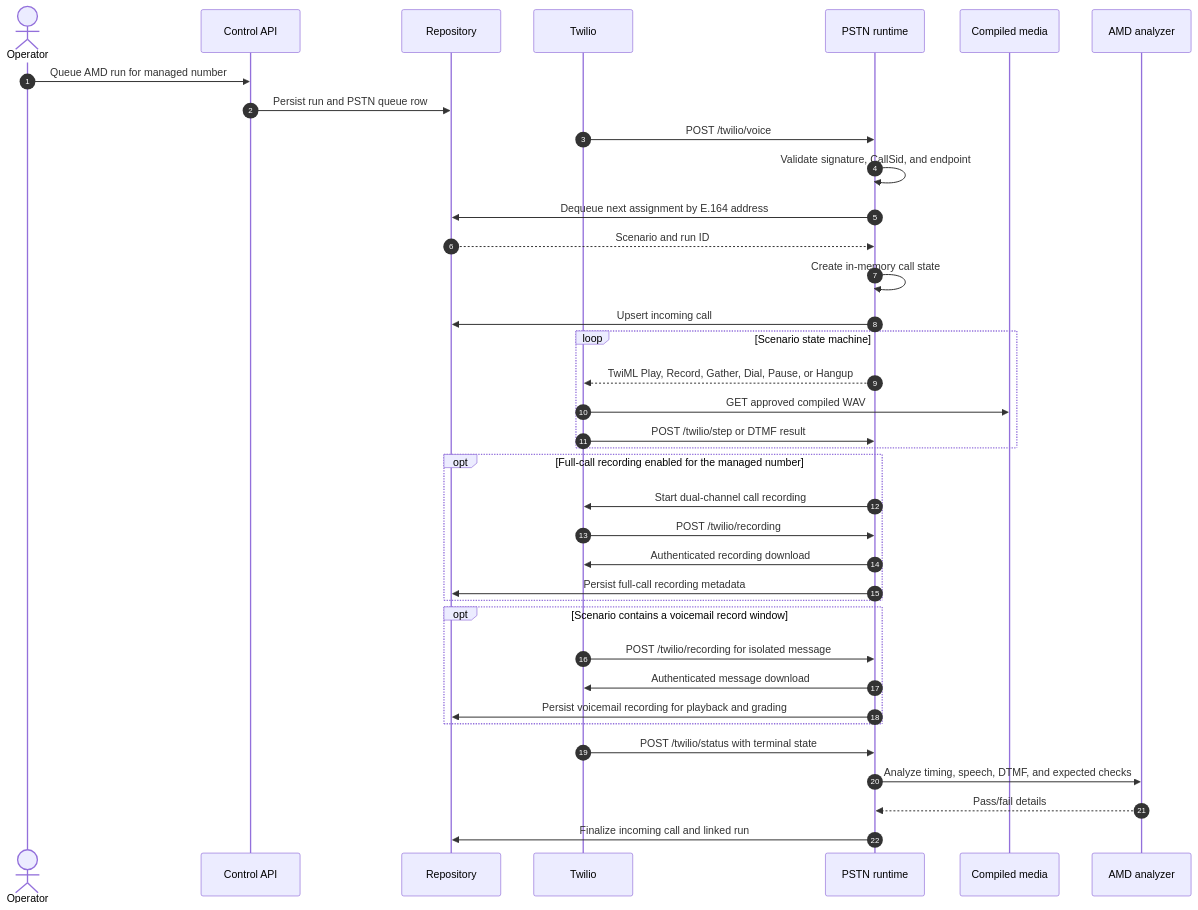
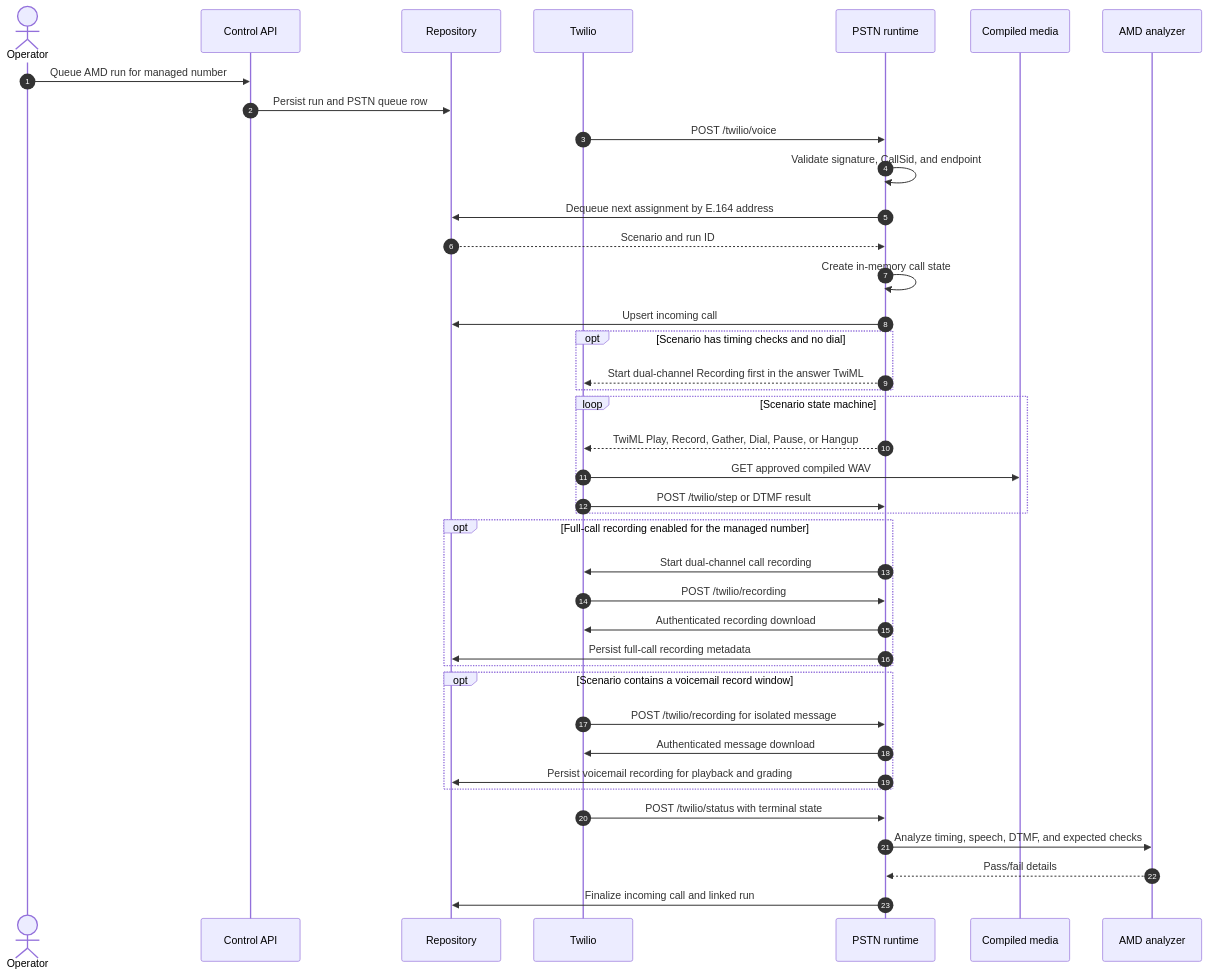
The sixth of 9 diagrams in docs/HLD.md (piyush-gambhir/telephony-voice-simulator), drawn with Mermaid before and after one commit. The commit also changed 16 other files, not shown here.

First line of the commit message:
Grade phone-path timing from the dual-channel call recording (#40)

````diff
--- a/docs/HLD.md
+++ b/docs/HLD.md
@@ -359,45 +359,49 @@
 ```mermaid
 sequenceDiagram
     autonumber
     actor Operator
     participant API as Control API
     participant Store as Repository
     participant Twilio as Twilio
     participant PSTN as PSTN runtime
     participant Media as Compiled media
     participant Analyzer as AMD analyzer
 
     Operator->>API: Queue AMD run for managed number
     API->>Store: Persist run and PSTN queue row
 
     Twilio->>PSTN: POST /twilio/voice
     PSTN->>PSTN: Validate signature, CallSid, and endpoint
     PSTN->>Store: Dequeue next assignment by E.164 address
     Store-->>PSTN: Scenario and run ID
     PSTN->>PSTN: Create in-memory call state
     PSTN->>Store: Upsert incoming call
+
+    opt Scenario has timing checks and no dial
+        PSTN-->>Twilio: Start dual-channel Recording first in the answer TwiML
+    end
 
     loop Scenario state machine
         PSTN-->>Twilio: TwiML Play, Record, Gather, Dial, Pause, or Hangup
         Twilio->>Media: GET approved compiled WAV
         Twilio->>PSTN: POST /twilio/step or DTMF result
     end
 
     opt Full-call recording enabled for the managed number
         PSTN->>Twilio: Start dual-channel call recording
         Twilio->>PSTN: POST /twilio/recording
         PSTN->>Twilio: Authenticated recording download
         PSTN->>Store: Persist full-call recording metadata
     end
 
     opt Scenario contains a voicemail record window
         Twilio->>PSTN: POST /twilio/recording for isolated message
         PSTN->>Twilio: Authenticated message download
         PSTN->>Store: Persist voicemail recording for playback and grading
     end
 
     Twilio->>PSTN: POST /twilio/status with terminal state
     PSTN->>Analyzer: Analyze timing, speech, DTMF, and expected checks
     Analyzer-->>PSTN: Pass/fail details
     PSTN->>Store: Finalize incoming call and linked run
 ```
````
